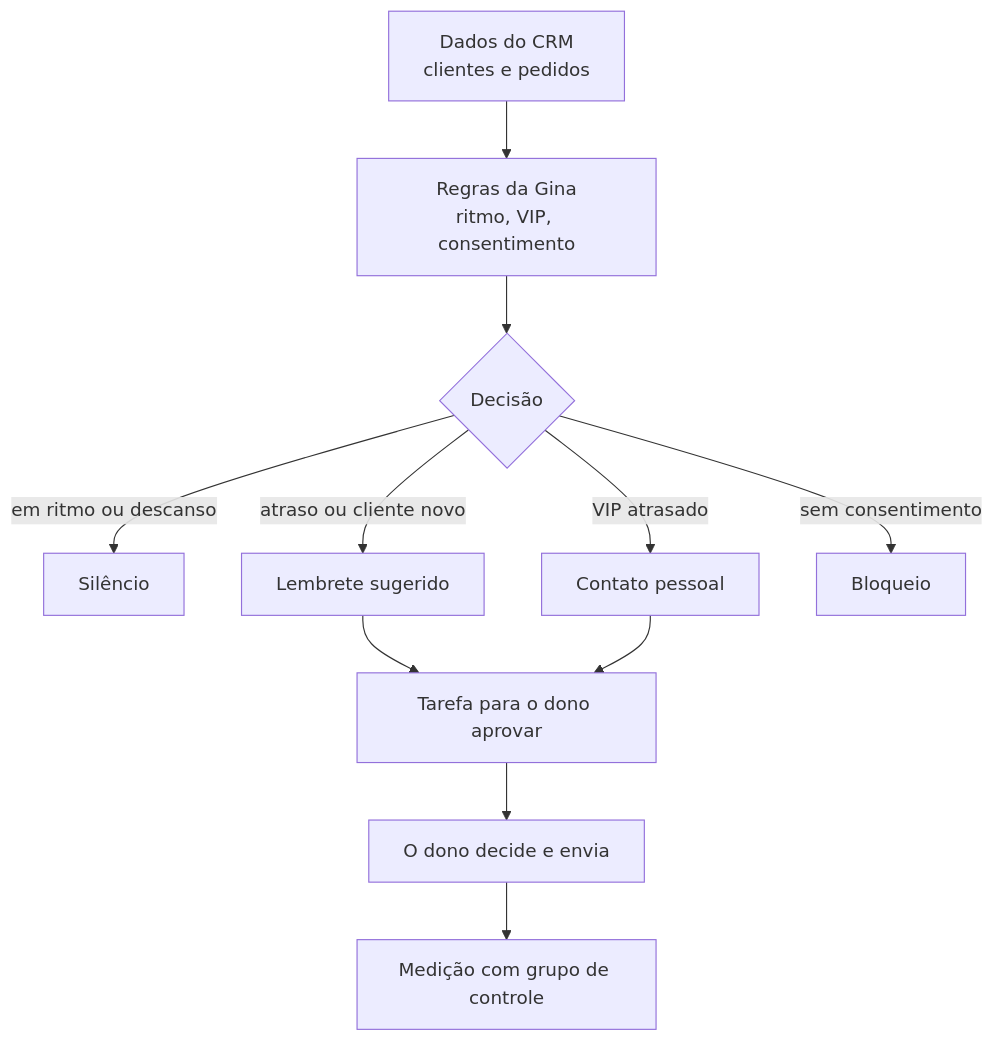
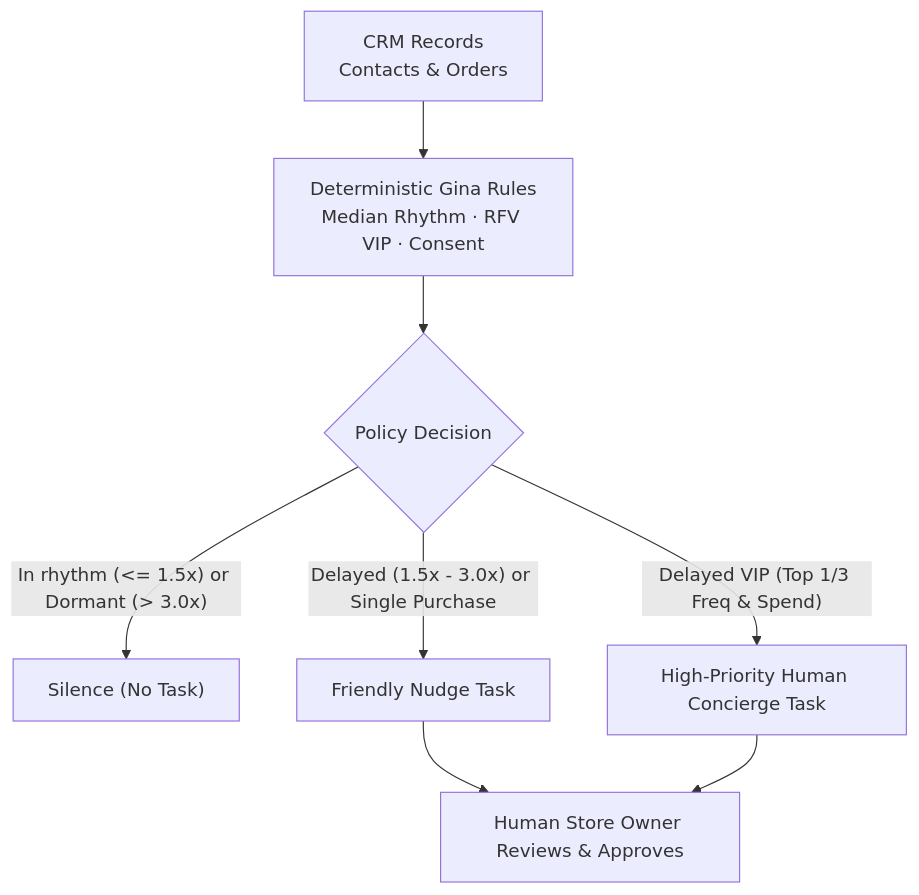
Before and after one commit to Isaac-Antunes/gina-crm: the diagram in README.md, drawn with Mermaid. The commit also changed other lines of this file and 3 other files, not shown here.

````diff
--- a/README.md
+++ b/README.md
@@ -39,13 +40,10 @@
 ```mermaid
 flowchart TD
-    A["Dados do CRM<br/>clientes e pedidos"] --> B["Regras da Gina<br/>ritmo, VIP, consentimento"]
-    B --> C{"Decisão"}
-    C -->|"em ritmo ou descanso"| D["Silêncio"]
-    C -->|"atraso ou cliente novo"| E["Lembrete sugerido"]
-    C -->|"VIP atrasado"| F["Contato pessoal"]
-    C -->|"sem consentimento"| G["Bloqueio"]
-    E --> H["Tarefa para o dono aprovar"]
-    F --> H
-    H --> I["O dono decide e envia"]
-    I --> J["Medição com grupo de controle"]
+    A["CRM Records<br/>Contacts & Orders"] --> B["Deterministic Gina Rules<br/>Median Rhythm · RFV VIP · Consent"]
+    B --> C{"Policy Decision"}
+    C -->|"In rhythm (<= 1.5x) or Dormant (> 3.0x)"| D["Silence (No Task)"]
+    C -->|"Delayed (1.5x - 3.0x) or Single Purchase"| E["Friendly Nudge Task"]
+    C -->|"Delayed VIP (Top 1/3 Freq & Spend)"| F["High-Priority Human Concierge Task"]
+    E --> G["Human Store Owner Reviews & Approves"]
+    F --> G
 ```
````
